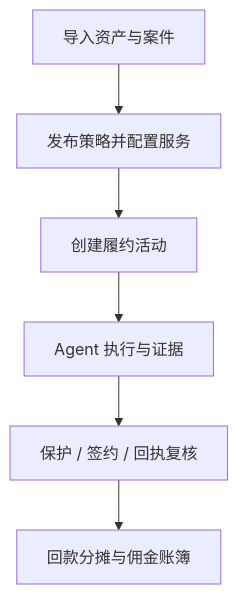
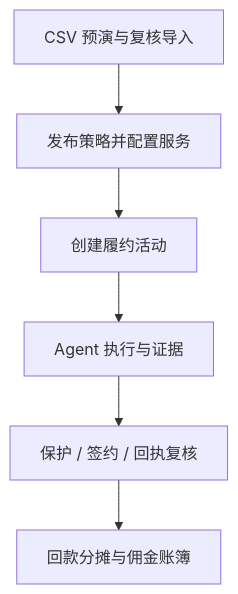
One commit to IntelliPathway/luheng-fulfillops-cloud changed the second of 8 diagrams in docs/product-functional-spec.md. Above: the diagram before and after it, drawn with Mermaid. The commit also changed other lines of this file and 37 other files, not shown here.

````diff
--- a/docs/product-functional-spec.md
+++ b/docs/product-functional-spec.md
@@ -58,8 +59,8 @@
 ```mermaid
 flowchart TD
-    A["导入资产与案件"] --> B["发布策略并配置服务"]
+    A["CSV 预演与复核导入"] --> B["发布策略并配置服务"]
     B --> C["创建履约活动"]
     C --> D["Agent 执行与证据"]
     D --> E["保护 / 签约 / 回执复核"]
     E --> F["回款分摊与佣金账簿"]
 ```
````
